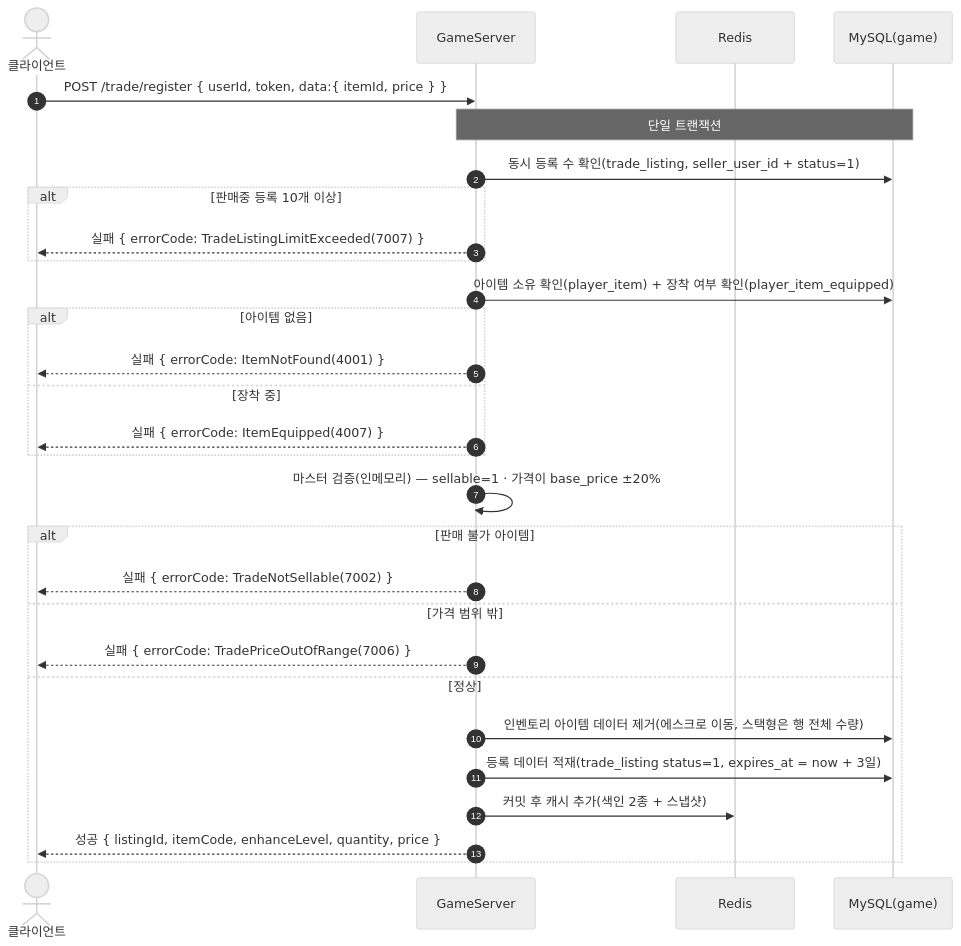
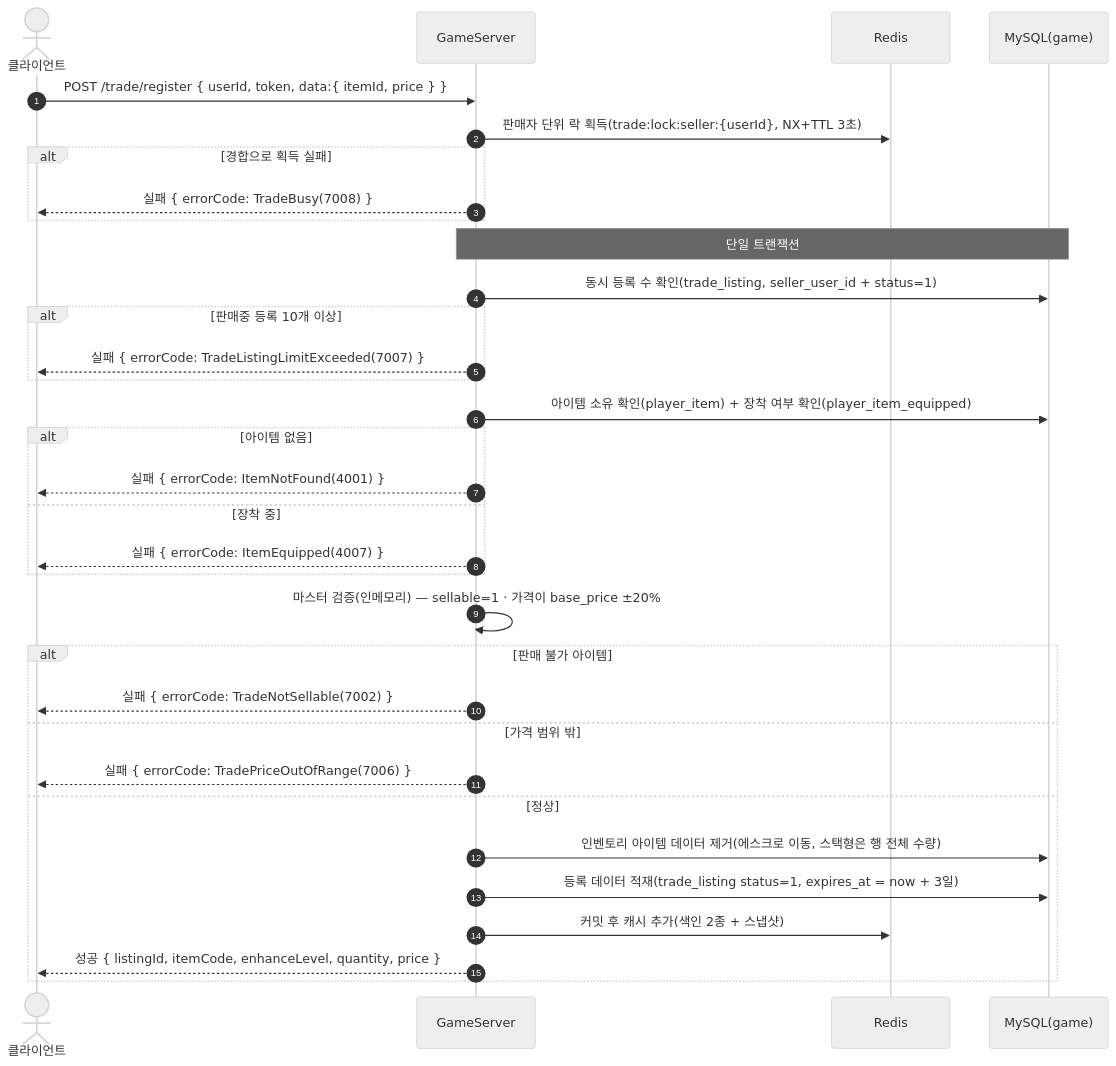
Diagram 22 of 31 in SequenceDiagram/README.md (ks-wook/com2us-taskbar-hero), drawn with Mermaid (neutral theme) before and after one commit. The commit also changed other lines of this file and 11 other files, not shown here.

````diff
--- a/SequenceDiagram/README.md
+++ b/SequenceDiagram/README.md
@@ -629,32 +622,36 @@
 ```mermaid
 sequenceDiagram
     autonumber
     actor C as 클라이언트
     participant S as GameServer
     participant R as Redis
     participant DB as MySQL(game)
 
     C->>S: POST /trade/register { userId, token, data:{ itemId, price } }
+    S->>R: 판매자 단위 락 획득(trade:lock:seller:{userId}, NX+TTL 3초)
+    alt 경합으로 획득 실패
+        S-->>C: 실패 { errorCode: TradeBusy(7008) }
+    end
     Note over S,DB: 단일 트랜잭션
     S->>DB: 동시 등록 수 확인(trade_listing, seller_user_id + status=1)
     alt 판매중 등록 10개 이상
         S-->>C: 실패 { errorCode: TradeListingLimitExceeded(7007) }
     end
     S->>DB: 아이템 소유 확인(player_item) + 장착 여부 확인(player_item_equipped)
     alt 아이템 없음
         S-->>C: 실패 { errorCode: ItemNotFound(4001) }
     else 장착 중
         S-->>C: 실패 { errorCode: ItemEquipped(4007) }
     end
     S->>S: 마스터 검증(인메모리) — sellable=1 · 가격이 base_price ±20%
     alt 판매 불가 아이템
         S-->>C: 실패 { errorCode: TradeNotSellable(7002) }
     else 가격 범위 밖
         S-->>C: 실패 { errorCode: TradePriceOutOfRange(7006) }
     else 정상
         S->>DB: 인벤토리 아이템 데이터 제거(에스크로 이동, 스택형은 행 전체 수량)
         S->>DB: 등록 데이터 적재(trade_listing status=1, expires_at = now + 3일)
         S->>R: 커밋 후 캐시 추가(색인 2종 + 스냅샷)
         S-->>C: 성공 { listingId, itemCode, enhanceLevel, quantity, price }
     end
 ```
````
